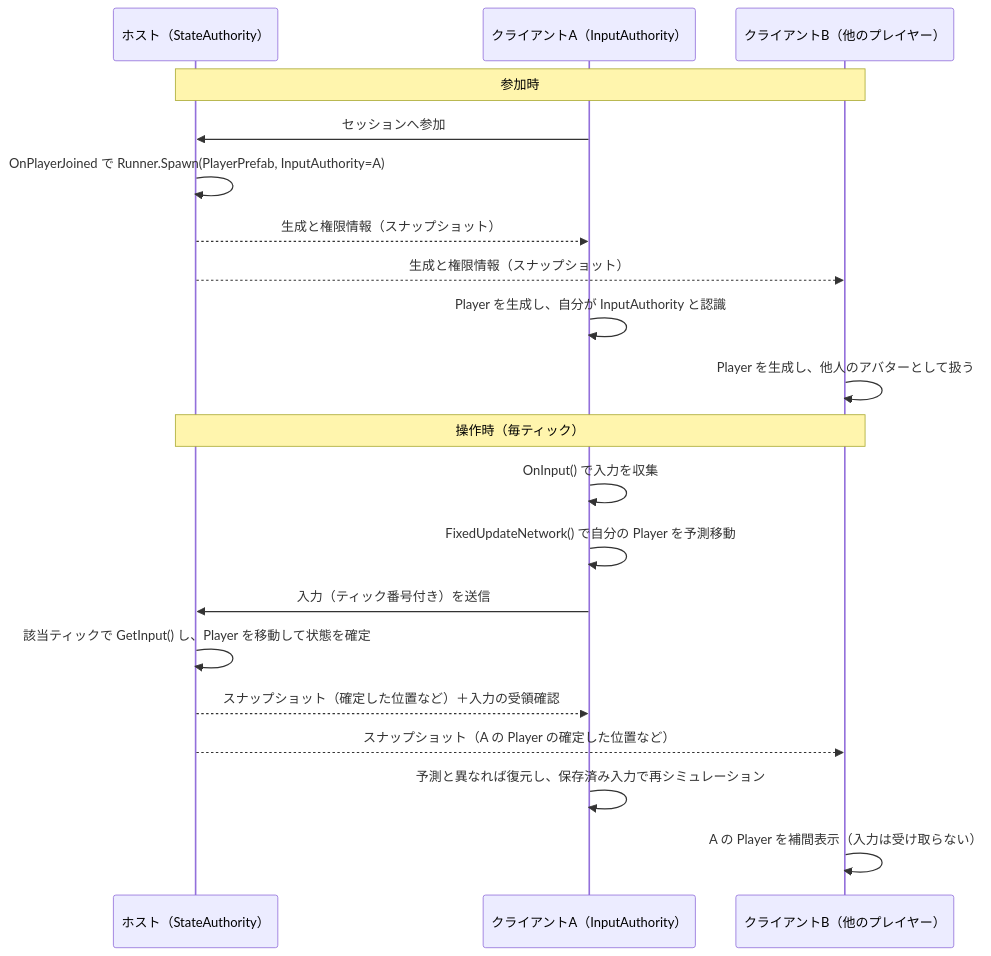
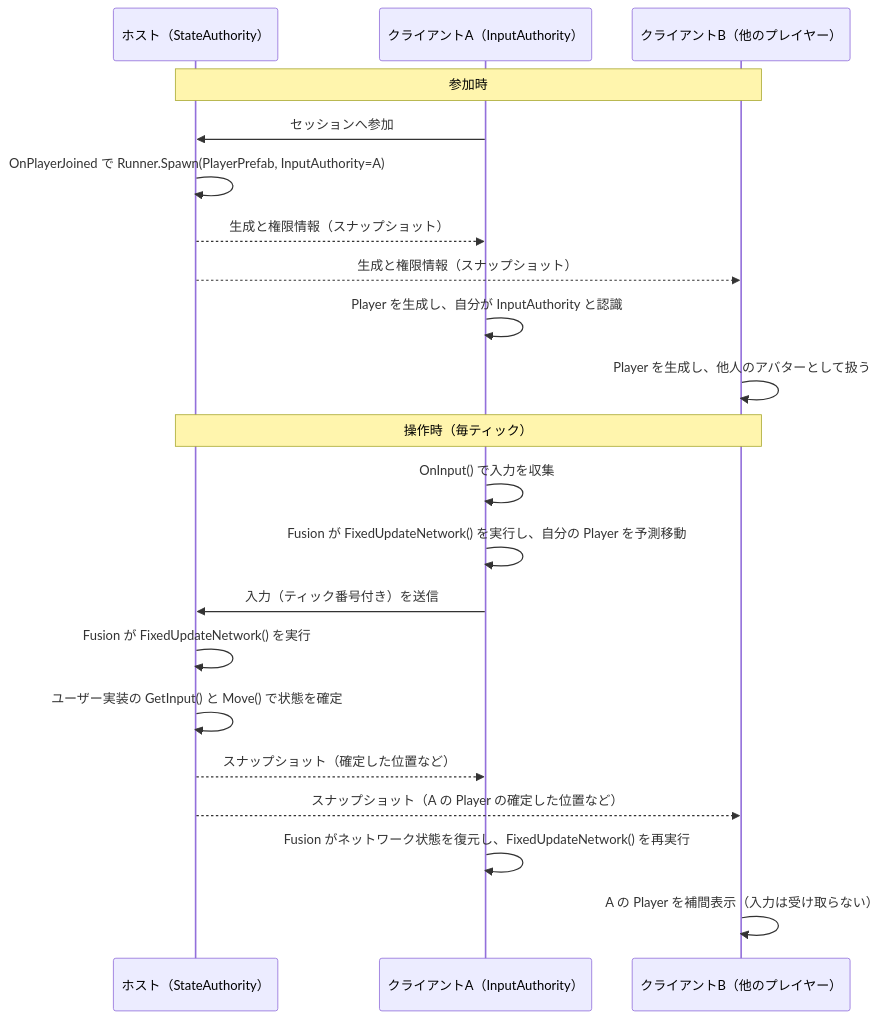
Before and after one commit to jshimura-DAS/Trial2026_fusion-host-basics-2.1.1: the second of 4 diagrams in Docs/# ホストモードにおける入力共有と予測.md, drawn with Mermaid. The commit also changed other lines of this file, not shown here.

````diff
--- a/Docs/# ホストモードにおける入力共有と予測.md
+++ b/Docs/# ホストモードにおける入力共有と予測.md
@@ -48,24 +75,25 @@
 ```mermaid
 sequenceDiagram
     participant H as ホスト（StateAuthority）
     participant A as クライアントA（InputAuthority）
     participant B as クライアントB（他のプレイヤー）
 
     Note over H,B: 参加時
     A->>H: セッションへ参加
     H->>H: OnPlayerJoined で Runner.Spawn(PlayerPrefab, InputAuthority=A)
     H-->>A: 生成と権限情報（スナップショット）
     H-->>B: 生成と権限情報（スナップショット）
     A->>A: Player を生成し、自分が InputAuthority と認識
     B->>B: Player を生成し、他人のアバターとして扱う
 
     Note over H,B: 操作時（毎ティック）
     A->>A: OnInput() で入力を収集
-    A->>A: FixedUpdateNetwork() で自分の Player を予測移動
+    A->>A: Fusion が FixedUpdateNetwork() を実行し、自分の Player を予測移動
     A->>H: 入力（ティック番号付き）を送信
-    H->>H: 該当ティックで GetInput() し、Player を移動して状態を確定
-    H-->>A: スナップショット（確定した位置など）＋入力の受領確認
+    H->>H: Fusion が FixedUpdateNetwork() を実行
+    H->>H: ユーザー実装の GetInput() と Move() で状態を確定
+    H-->>A: スナップショット（確定した位置など）
     H-->>B: スナップショット（A の Player の確定した位置など）
-    A->>A: 予測と異なれば復元し、保存済み入力で再シミュレーション
+    A->>A: Fusion がネットワーク状態を復元し、FixedUpdateNetwork() を再実行
     B->>B: A の Player を補間表示（入力は受け取らない）
 ```
````
